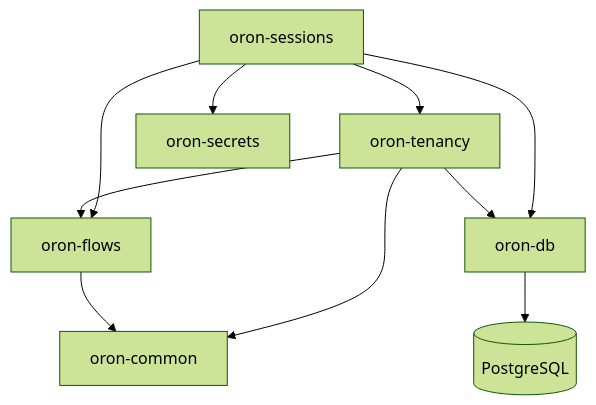
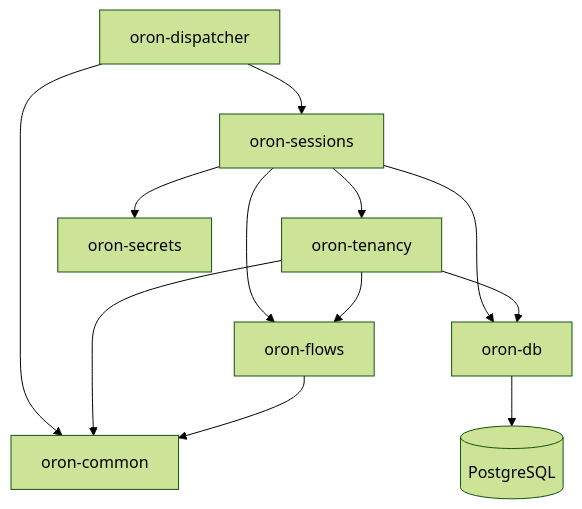
The diagram in docs/architecture/telephony-packages.md (Or-On/OrOn-CRM), drawn with Mermaid (forest theme) before and after one commit. The commit also changed other lines of this file and 34 other files, not shown here.

````diff
--- a/docs/architecture/telephony-packages.md
+++ b/docs/architecture/telephony-packages.md
@@ -7,12 +7,14 @@
 ```mermaid
 flowchart TD
+  X[oron-dispatcher] --> S[oron-sessions]
+  X --> C
   S[oron-sessions] --> T[oron-tenancy]
   S --> K[oron-secrets]
   S --> F[oron-flows]
   S --> D[oron-db]
   T --> F
   T --> D
   T --> C[oron-common]
   F --> C
   D --> P[(PostgreSQL)]
 ```
````
